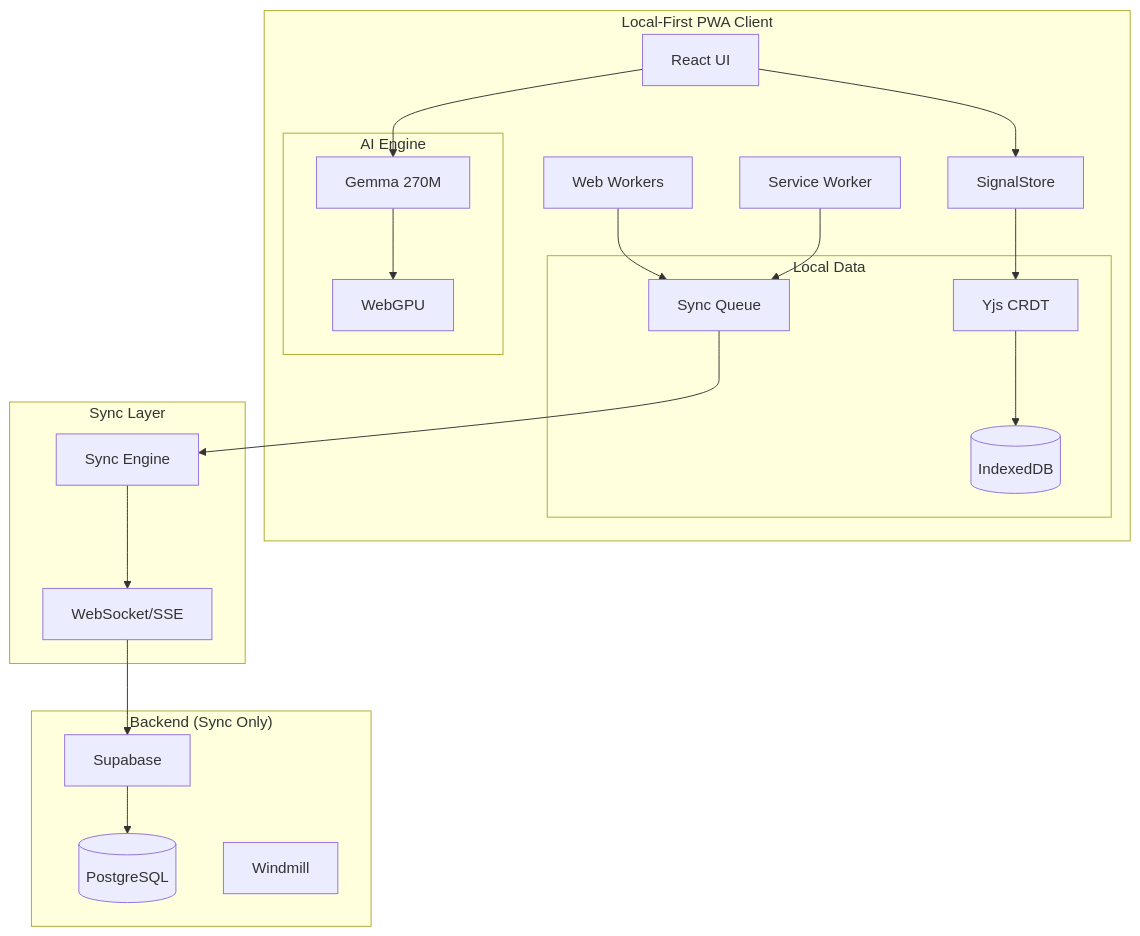
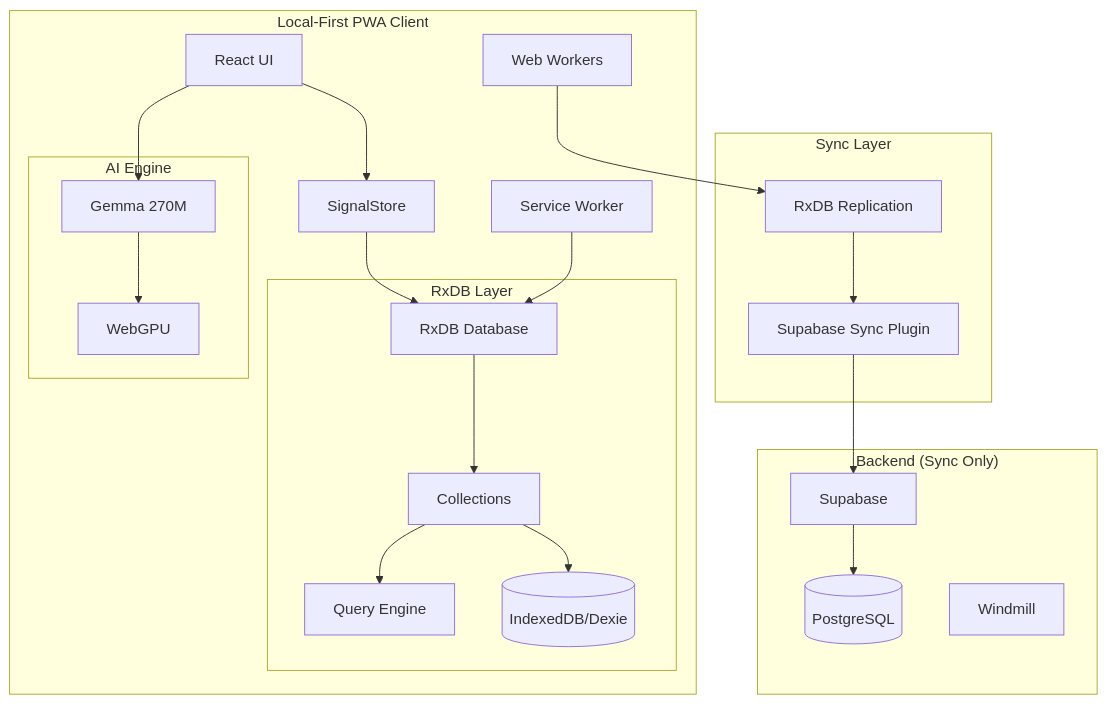
Before and after one commit to annaglova/breedhub: the diagram in docs/ARCHITECTURE.md, drawn with Mermaid. The commit also changed other lines of this file and 4 other files, not shown here.

````diff
--- a/docs/ARCHITECTURE.md
+++ b/docs/ARCHITECTURE.md
@@ -65,47 +66,49 @@
 ```mermaid
 graph TB
     subgraph "Local-First PWA Client"
         UI[React UI]
         SS[SignalStore]
         
-        subgraph "Local Data"
-            CRDT[Yjs CRDT]
-            IDB[(IndexedDB)]
-            QUEUE[Sync Queue]
+        subgraph "RxDB Layer"
+            RXDB[RxDB Database]
+            COLL[Collections]
+            QUERY[Query Engine]
+            IDB[(IndexedDB/Dexie)]
         end
         
         subgraph "AI Engine"
             GEMMA[Gemma 270M]
             WGPU[WebGPU]
         end
         
         SW[Service Worker]
         WW[Web Workers]
     end
 
     subgraph "Sync Layer"
-        WS[WebSocket/SSE]
-        SYNC[Sync Engine]
+        REPL[RxDB Replication]
+        SYNC[Supabase Sync Plugin]
     end
 
     subgraph "Backend (Sync Only)"
         SB[Supabase]
         PG[(PostgreSQL)]
         WM[Windmill]
     end
 
     UI --> SS
-    SS --> CRDT
-    CRDT --> IDB
+    SS --> RXDB
+    RXDB --> COLL
+    COLL --> IDB
     
     UI --> GEMMA
     GEMMA --> WGPU
     
-    WW --> QUEUE
-    QUEUE --> SYNC
-    SYNC --> WS
-    WS --> SB
+    WW --> REPL
+    REPL --> SYNC
+    SYNC --> SB
     SB --> PG
     
-    SW --> QUEUE
+    SW --> RXDB
+    COLL --> QUERY
 ```
````
